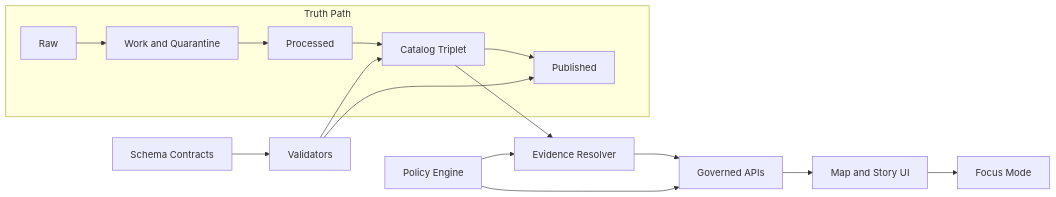
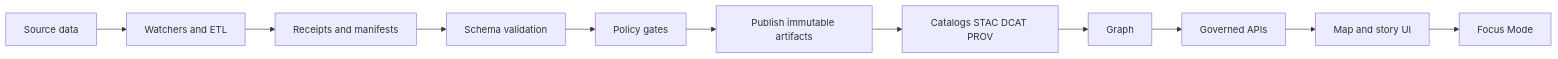
One commit to bartytime4life/Kansas-Frontier-Matrix changed the diagram in docs/schemas/README.md. Above: the diagram before and after it, drawn with Mermaid. The commit also changed other lines of this file, not shown here.

First line of the commit message:
Revise README for schema documentation clarity

````diff
--- a/docs/schemas/README.md
+++ b/docs/schemas/README.md
@@ -47,18 +67,13 @@
 ```mermaid
 flowchart LR
-  subgraph TP[Truth Path]
-    RAW[Raw] --> WORK[Work and Quarantine] --> PROC[Processed] --> TRIP[Catalog Triplet] --> PUB[Published]
-  end
-
-  SC[Schema Contracts] --> V1[Validators]
-  V1 --> TRIP
-  V1 --> PUB
-
-  TRIP --> ER[Evidence Resolver]
-  ER --> API[Governed APIs]
-  API --> UI[Map and Story UI]
-  UI --> FM[Focus Mode]
-
-  POL[Policy Engine] --> ER
-  POL --> API
+  S[Source data] --> W[Watchers and ETL]
+  W --> R[Receipts and manifests]
+  R --> V[Schema validation]
+  V --> G[Policy gates]
+  G --> P[Publish immutable artifacts]
+  P --> C[Catalogs STAC DCAT PROV]
+  C --> N[Graph]
+  N --> A[Governed APIs]
+  A --> U[Map and story UI]
+  U --> F[Focus Mode]
 ```
````
